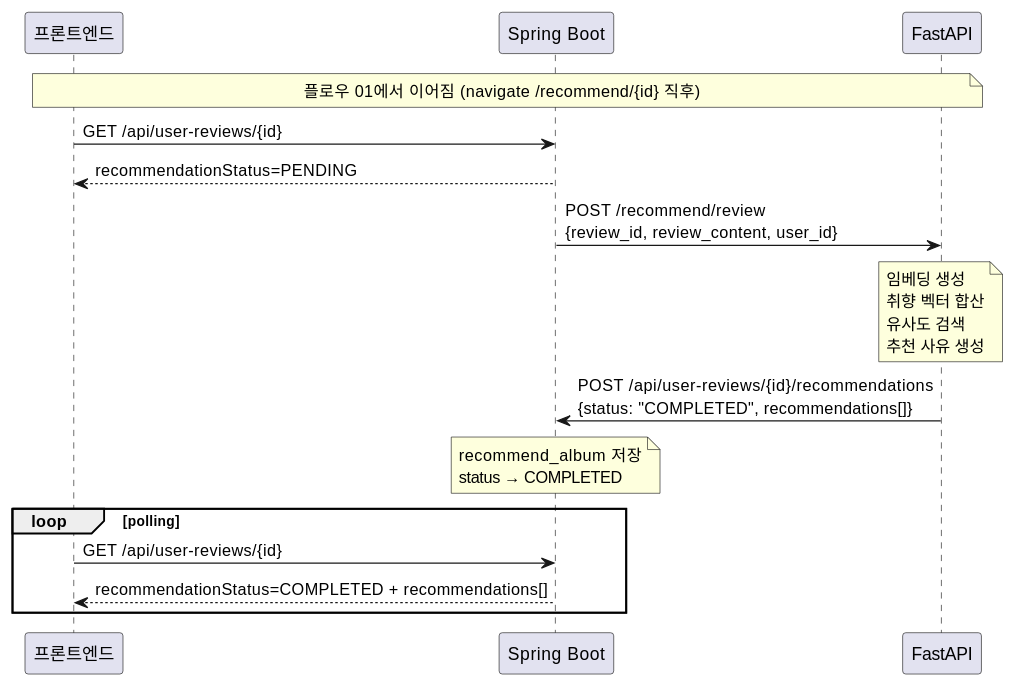
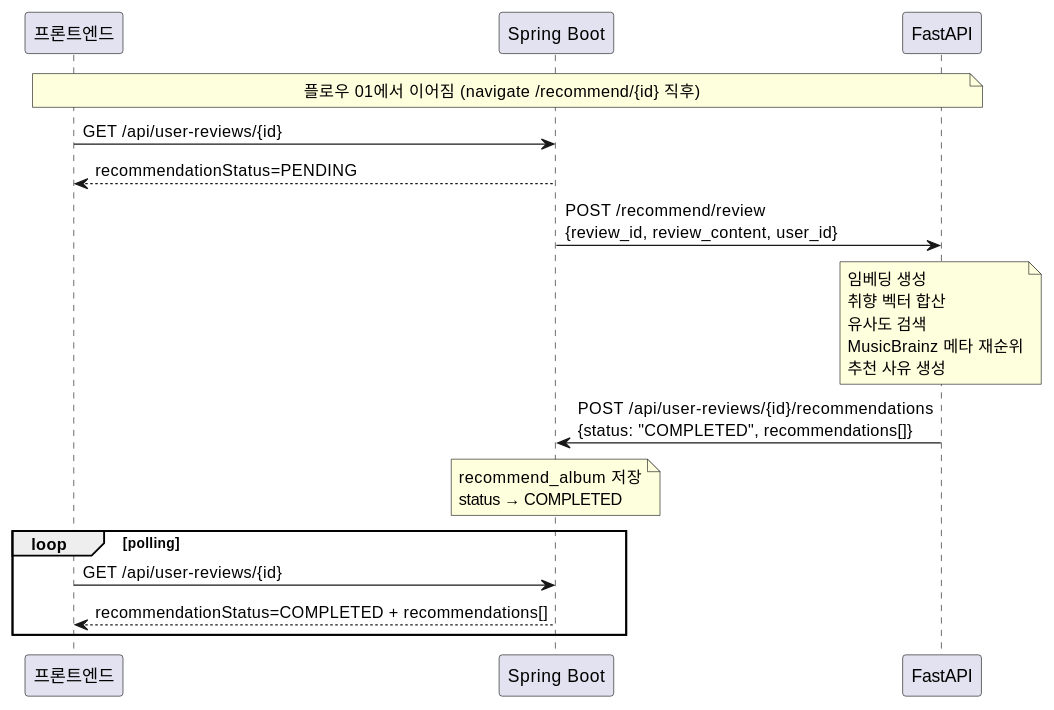
The first of 3 diagrams in docs/flows/02-recommend.md (heeyoungha/jazzmateShop), drawn with PlantUML before and after one commit. The commit also changed 5 other files, not shown here.

Commit message:
docs: docs: MusicBrainz 메타 재순위 반영 및 API 계약 갱신 - 플로우 문서에 메타 재순위 단계 추가 - ADR-002에 Decision 3-1 추가 (후보 pool 재순위 정책)

````diff
--- a/docs/flows/02-recommend.md
+++ b/docs/flows/02-recommend.md
@@ -5,30 +5,31 @@
 ```plantuml
 @startuml
 participant "프론트엔드" as FE
 participant "Spring Boot" as SP
 participant "FastAPI" as FA
 
 note over FE,FA : 플로우 01에서 이어짐 (navigate /recommend/{id} 직후)
 
 FE -> SP : GET /api/user-reviews/{id}
 SP --> FE : recommendationStatus=PENDING
 
 SP -> FA : POST /recommend/review\n{review_id, review_content, user_id}
 note over FA
   임베딩 생성
   취향 벡터 합산
   유사도 검색
+  MusicBrainz 메타 재순위
   추천 사유 생성
 end note
 FA -> SP : POST /api/user-reviews/{id}/recommendations\n{status: "COMPLETED", recommendations[]}
 note over SP
   recommend_album 저장
   status → COMPLETED
 end note
 
 loop polling
   FE -> SP : GET /api/user-reviews/{id}
   SP --> FE : recommendationStatus=COMPLETED + recommendations[]
 end
 @enduml
 ```
````
